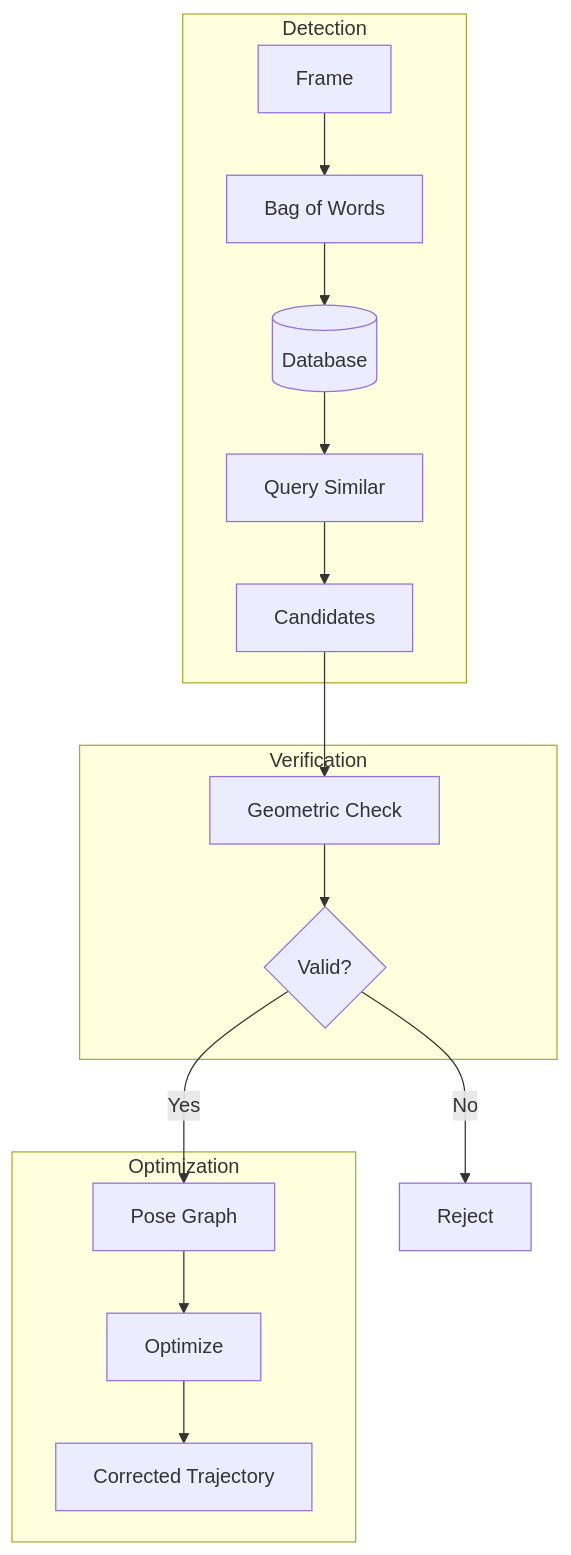
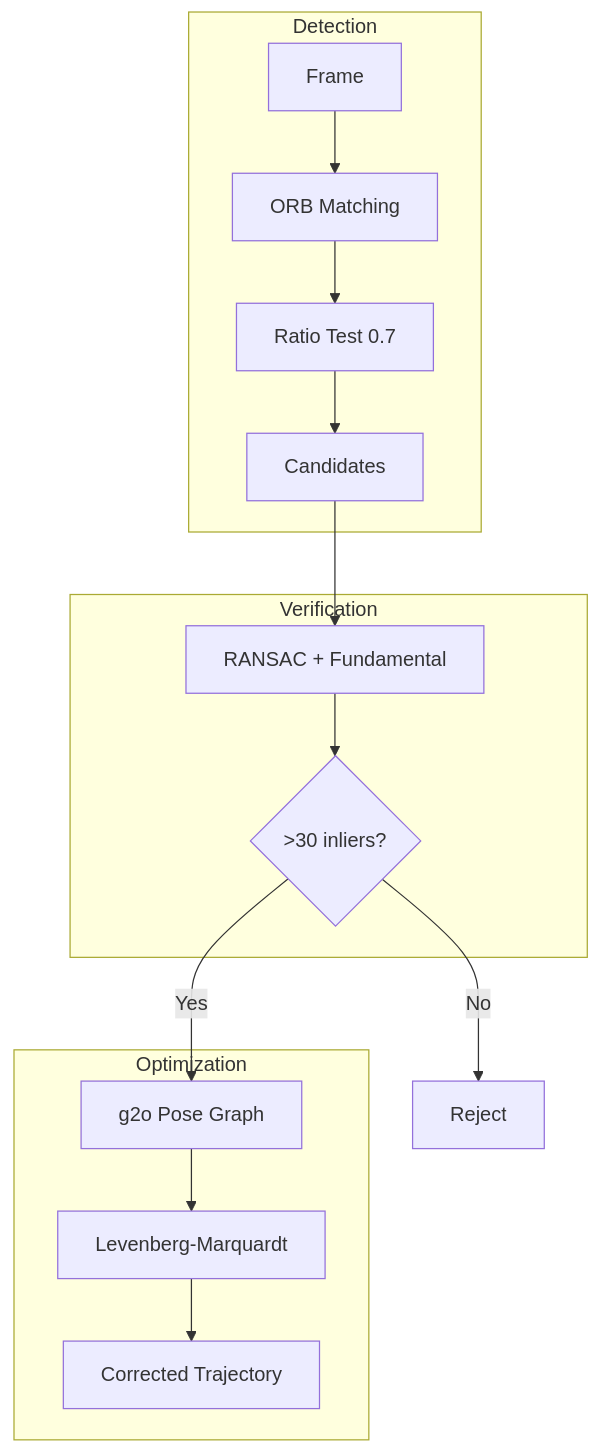
One commit to robertteleng/aria-slam changed the eighth of 10 diagrams in README.md. Above: the diagram before and after it, drawn with Mermaid. The commit also changed other lines of this file and 5 other files, not shown here.

````diff
--- a/README.md
+++ b/README.md
@@ -326,22 +366,21 @@
 ```mermaid
 flowchart TD
     subgraph Detection
-        F[Frame] --> BOW[Bag of Words]
-        BOW --> DB[(Database)]
-        DB --> QUERY[Query Similar]
-        QUERY --> CAND[Candidates]
+        F[Frame] --> ORB[ORB Matching]
+        ORB --> RATIO[Ratio Test 0.7]
+        RATIO --> CAND[Candidates]
     end
 
     subgraph Verification
-        CAND --> GEOM[Geometric Check]
-        GEOM --> VALID{Valid?}
+        CAND --> RANSAC[RANSAC + Fundamental]
+        RANSAC --> INLIERS{>30 inliers?}
     end
 
     subgraph Optimization
-        VALID -->|Yes| GRAPH[Pose Graph]
-        GRAPH --> OPT[Optimize]
+        INLIERS -->|Yes| GRAPH[g2o Pose Graph]
+        GRAPH --> OPT[Levenberg-Marquardt]
         OPT --> CORRECT[Corrected Trajectory]
     end
 
-    VALID -->|No| REJECT[Reject]
+    INLIERS -->|No| REJECT[Reject]
 ```
````
